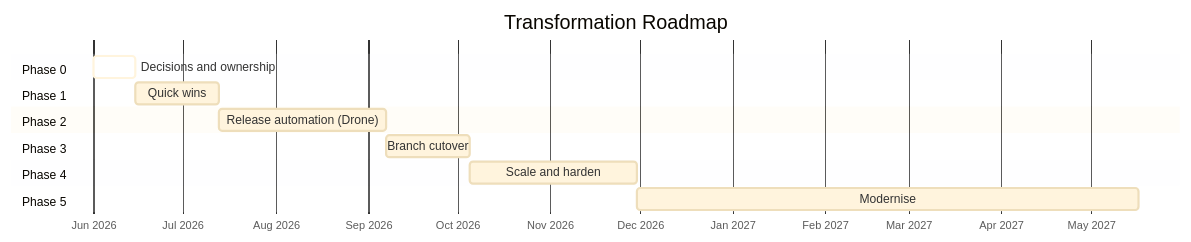
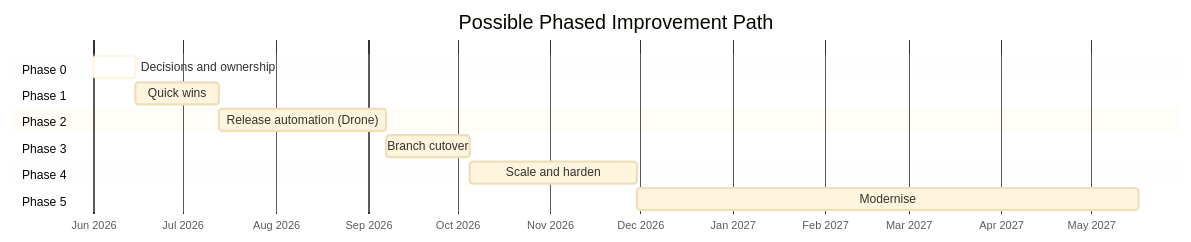
Before and after one commit to benanaktaspusulait/branching-strategy: the diagram in docs/transformation-programme-delivery.md, drawn with Mermaid. The commit also changed other lines of this file and 6 other files, not shown here.

````diff
--- a/docs/transformation-programme-delivery.md
+++ b/docs/transformation-programme-delivery.md
@@ -20,27 +20,27 @@
 ```mermaid
 %%{init: {'theme': 'base', 'themeVariables': {'lineColor': '#5f6368'}}}%%
 
 gantt
-  title Transformation Roadmap
+  title Possible Phased Improvement Path
   dateFormat YYYY-MM
   axisFormat %b %Y
 
   section Phase 0
   Decisions and ownership       :active, p0, 2026-06, 2w
 
   section Phase 1
   Quick wins                    :p1, after p0, 4w
 
   section Phase 2
   Release automation (Drone)    :p2, after p1, 8w
 
   section Phase 3
   Branch cutover                :p3, after p2, 4w
 
   section Phase 4
   Scale and harden              :p4, after p3, 8w
 
   section Phase 5
   Modernise                     :p5, after p4, 24w
 
 ```
````
